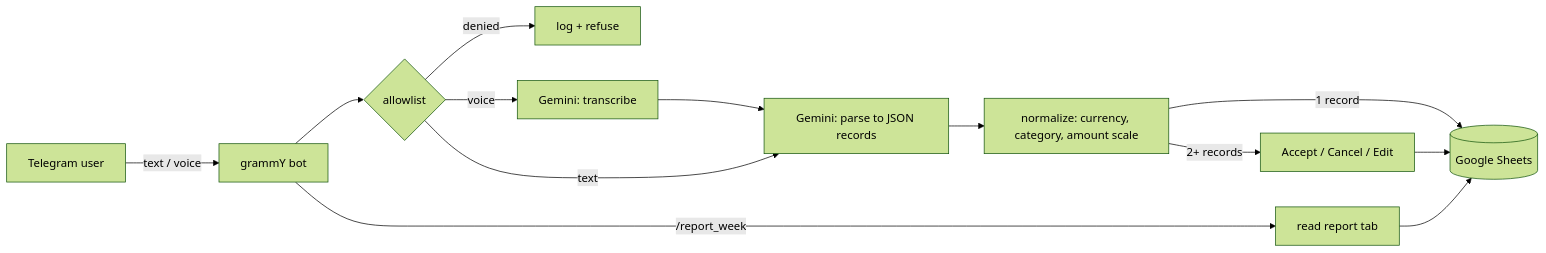
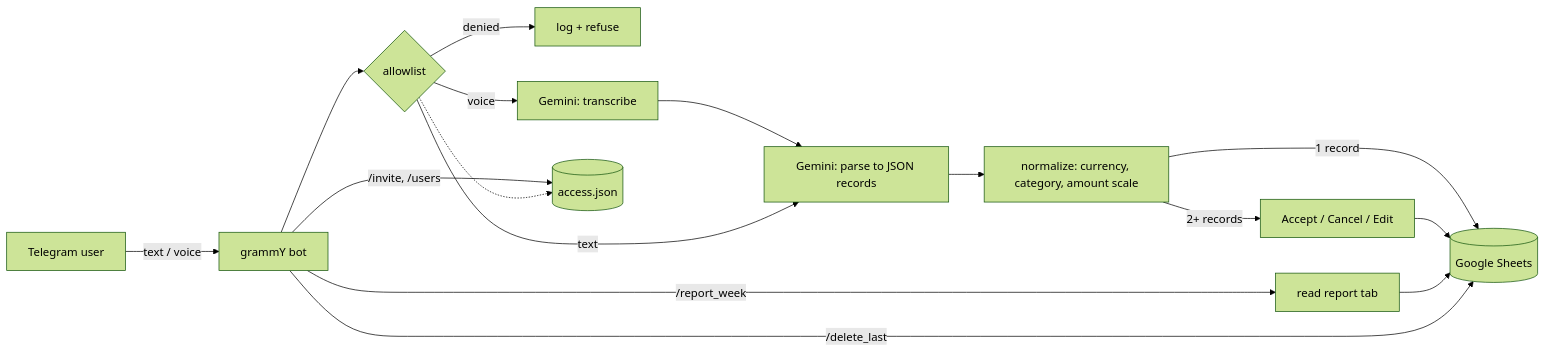
The diagram in README.md (Avgustin4ik/finance-bot-public), drawn with Mermaid (forest theme) before and after one commit. The commit also changed other lines of this file and 14 other files, not shown here.

First line of the commit message:
Sync with private repo: invites, report fixes, /delete_last and release notes (#7, #8, #9)

````diff
--- a/README.md
+++ b/README.md
@@ -54,14 +60,17 @@
 ```mermaid
 flowchart LR
     U[Telegram user] -->|text / voice| B[grammY bot]
     B --> A{allowlist}
     A -->|denied| L[log + refuse]
     A -->|voice| T[Gemini: transcribe]
     T --> P
     A -->|text| P[Gemini: parse to JSON records]
     P --> N[normalize: currency, category, amount scale]
     N -->|1 record| S[(Google Sheets)]
     N -->|2+ records| C[Accept / Cancel / Edit]
     C --> S
     B -->|/report_week| R[read report tab] --> S
+    B -->|/delete_last| S
+    B -->|/invite, /users| AC[(access.json)]
+    A -.-> AC
 ```
````
